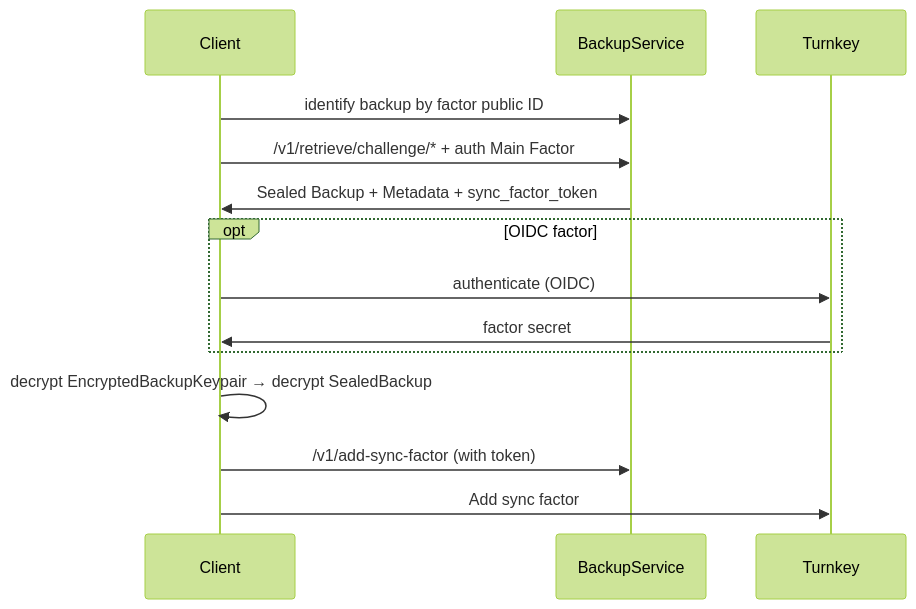
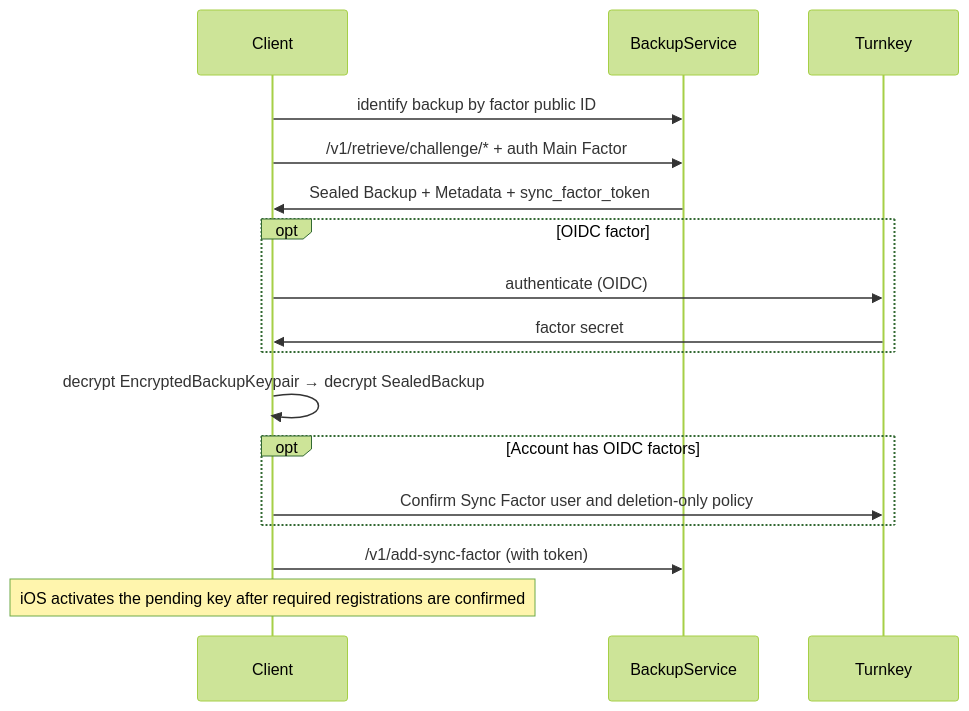
The second of 2 diagrams in world-app/backup/flows.mdx (toolsforhumanity/docs), drawn with Mermaid (forest theme) before and after one commit. The commit also changed other lines of this file and 2 other files, not shown here.

Commit message:
[MCORE-2048] Document iOS Secure Enclave Sync Factors

````diff
--- a/world-app/backup/flows.mdx
+++ b/world-app/backup/flows.mdx
@@ -48,16 +56,19 @@
 ```mermaid
 sequenceDiagram
     participant Client
     participant BackupService
     participant Turnkey
     Client->>BackupService: identify backup by factor public ID
     Client->>BackupService: /v1/retrieve/challenge/* + auth Main Factor
     BackupService->>Client: Sealed Backup + Metadata + sync_factor_token
     opt OIDC factor
         Client->>Turnkey: authenticate (OIDC)
         Turnkey->>Client: factor secret
     end
     Client->>Client: decrypt EncryptedBackupKeypair → decrypt SealedBackup
+    opt Account has OIDC factors
+        Client->>Turnkey: Confirm Sync Factor user and deletion-only policy
+    end
     Client->>BackupService: /v1/add-sync-factor (with token)
-    Client->>Turnkey: Add sync factor
+    Note over Client: iOS activates the pending key after required registrations are confirmed
 ```
````
